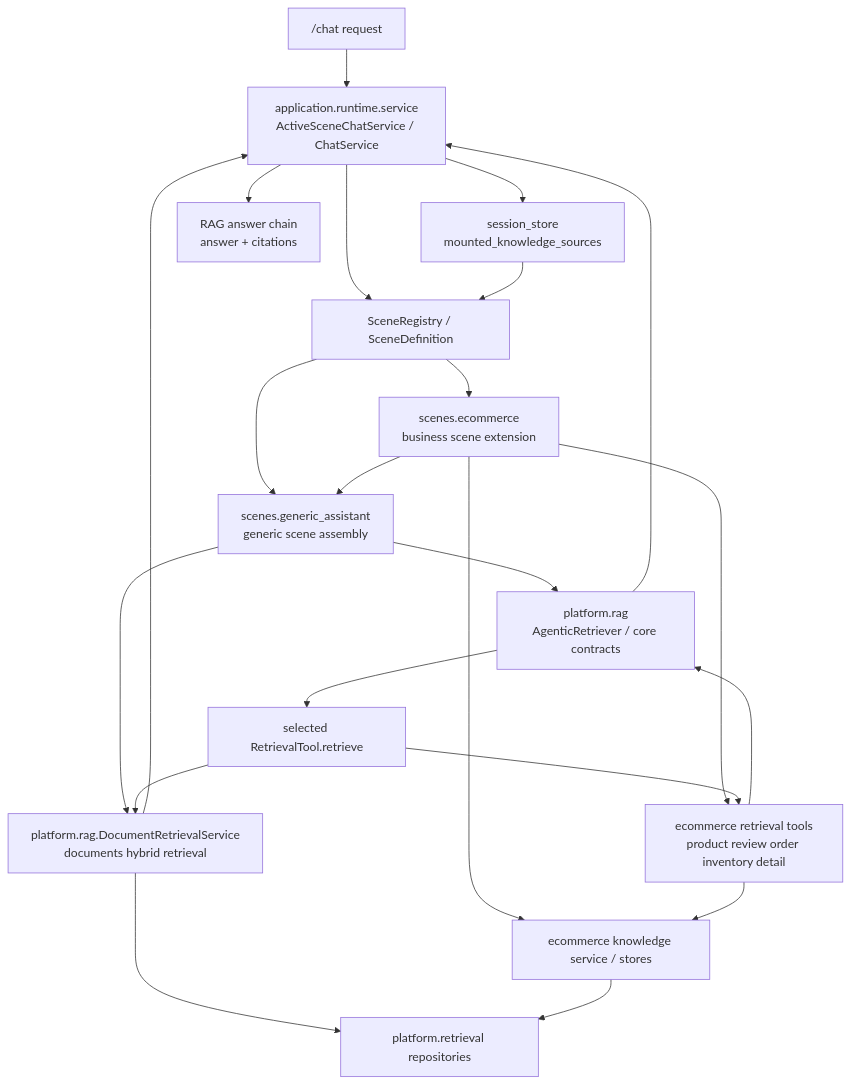
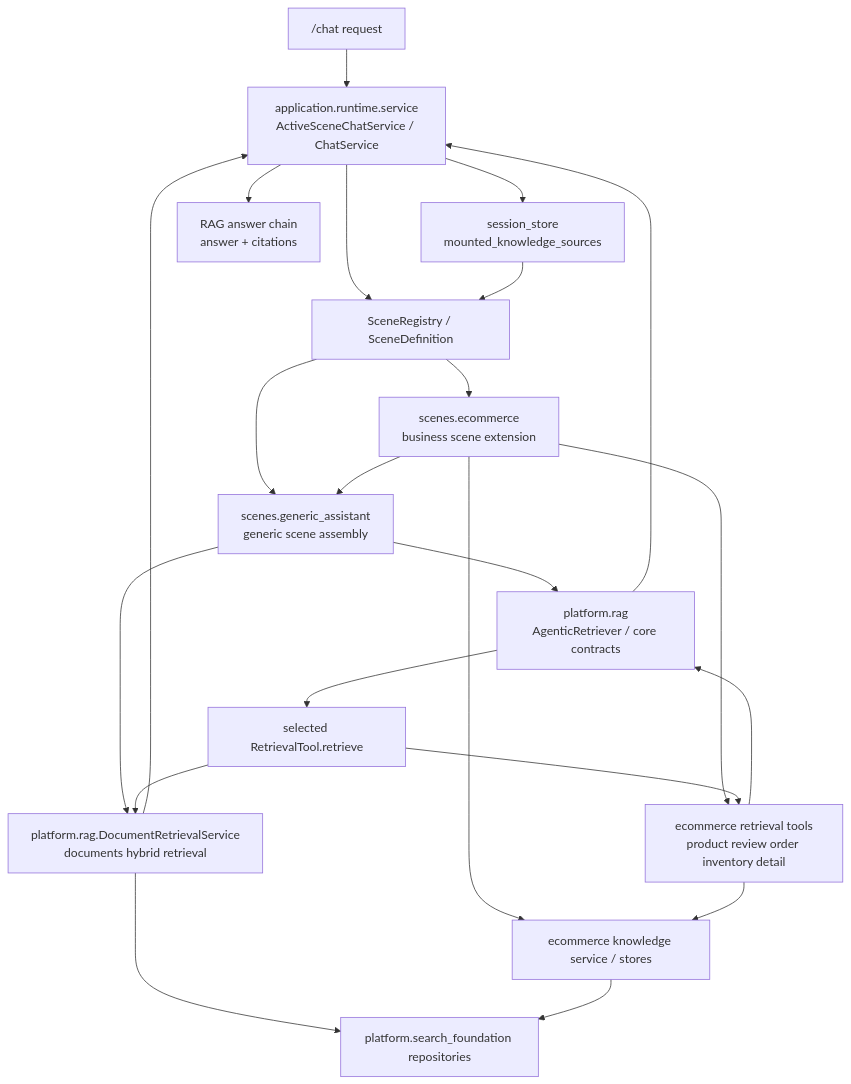
Before and after one commit to John-zzy/Agentic-RAG-Project: the diagram in docs/plan/Generic Assistant通用Agentic RAG主链边界与场景扩展方案.md, drawn with Mermaid. The commit also changed other lines of this file and 50 other files, not shown here.

````diff
--- a/docs/plan/Generic Assistant通用Agentic RAG主链边界与场景扩展方案.md
+++ b/docs/plan/Generic Assistant通用Agentic RAG主链边界与场景扩展方案.md
@@ -180,30 +180,30 @@
 ```mermaid
 flowchart TD
     U["/chat request"] --> APP["application.runtime.service<br/>ActiveSceneChatService / ChatService"]
     APP --> REG["SceneRegistry / SceneDefinition"]
     APP --> SES["session_store<br/>mounted_knowledge_sources"]
     SES --> REG
 
     REG --> GEN["scenes.generic_assistant<br/>generic scene assembly"]
     REG --> ECO["scenes.ecommerce<br/>business scene extension"]
 
     GEN --> CORE["platform.rag<br/>AgenticRetriever / core contracts"]
     GEN --> DOCS["platform.rag.DocumentRetrievalService<br/>documents hybrid retrieval"]
 
     ECO --> GEN
     ECO --> RT["ecommerce retrieval tools<br/>product review order inventory detail"]
     ECO --> EKS["ecommerce knowledge service / stores"]
 
     RT --> CORE
     RT --> EKS
-    DOCS --> RETR["platform.retrieval repositories"]
+    DOCS --> RETR["platform.search_foundation repositories"]
     EKS --> RETR
 
     CORE --> TOOL["selected RetrievalTool.retrieve"]
     TOOL --> DOCS
     TOOL --> RT
 
     APP --> ANSWER["RAG answer chain<br/>answer + citations"]
     CORE --> APP
     DOCS --> APP
 ```
````
